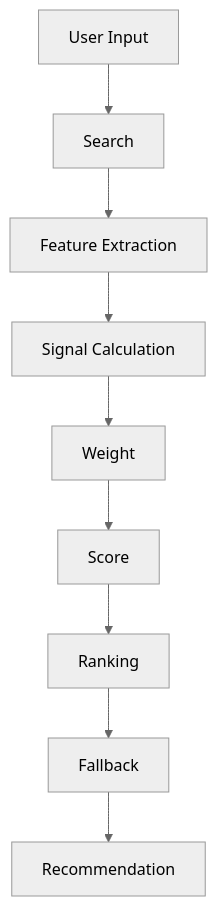
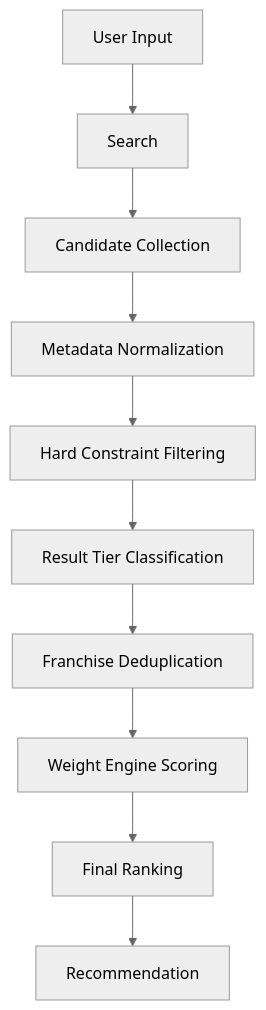
The first of 2 diagrams in docs/project/RECOMMENDATION_ARCHITECTURE.md (cnd1026/myott), drawn with Mermaid (neutral theme) before and after one commit. The commit also changed other lines of this file and 15 other files, not shown here.

Commit message:
feat(recommendation): enforce country integrity in candidate generation

````diff
--- a/docs/project/RECOMMENDATION_ARCHITECTURE.md
+++ b/docs/project/RECOMMENDATION_ARCHITECTURE.md
@@ -63,11 +63,12 @@
 ```mermaid
 flowchart TD
   Input["User Input"] --> Search["Search"]
-  Search --> Feature["Feature Extraction"]
-  Feature --> Signal["Signal Calculation"]
-  Signal --> Weight["Weight"]
-  Weight --> Score["Score"]
-  Score --> Ranking["Ranking"]
-  Ranking --> Fallback["Fallback"]
-  Fallback --> Recommendation["Recommendation"]
+  Search --> Collection["Candidate Collection"]
+  Collection --> Normalize["Metadata Normalization"]
+  Normalize --> Constraint["Hard Constraint Filtering"]
+  Constraint --> Tier["Result Tier Classification"]
+  Tier --> Franchise["Franchise Deduplication"]
+  Franchise --> Weight["Weight Engine Scoring"]
+  Weight --> Ranking["Final Ranking"]
+  Ranking --> Recommendation["Recommendation"]
 ```
````
